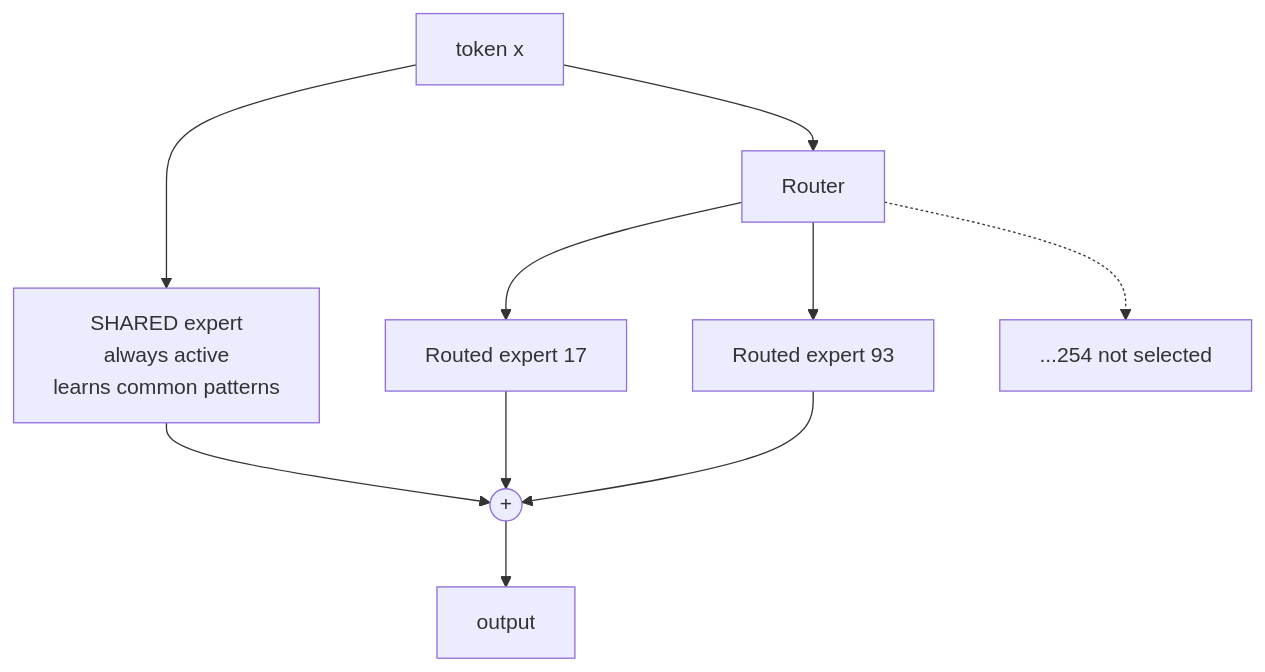
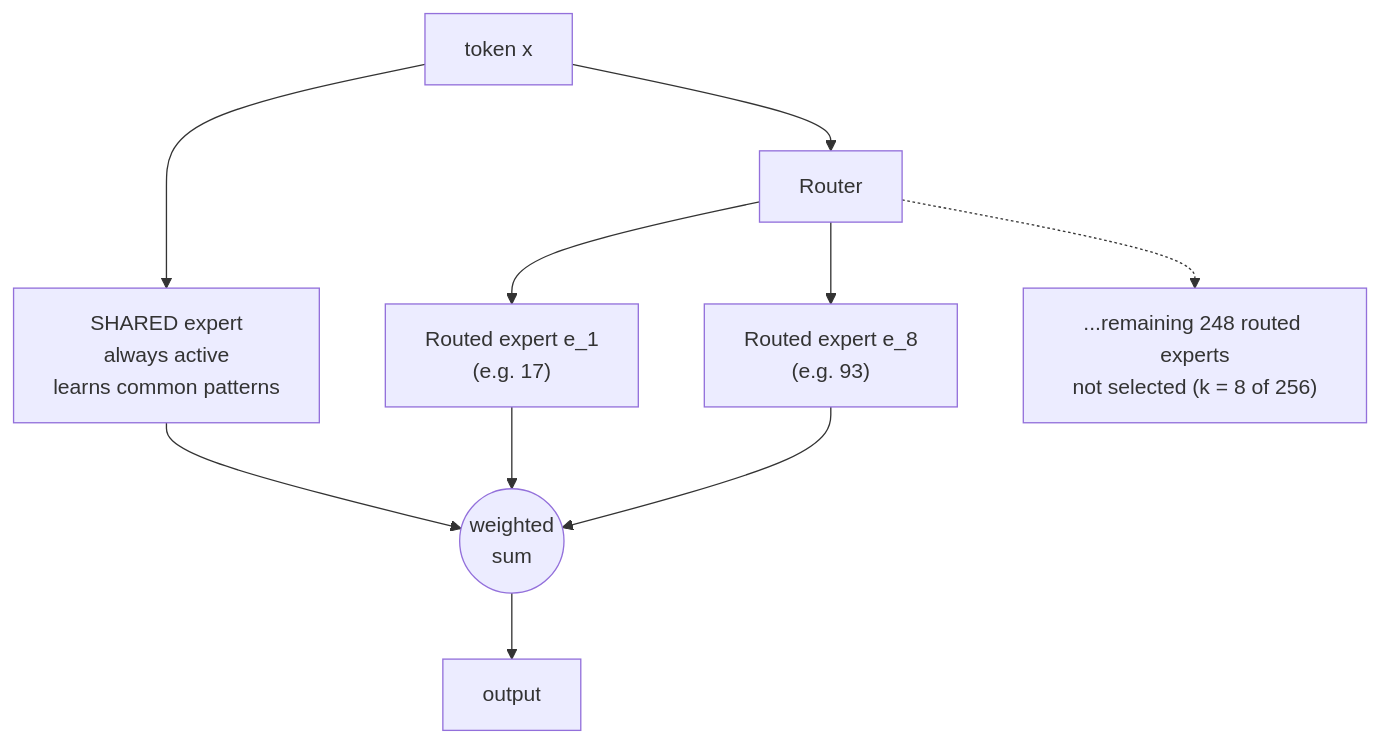
The fourth of 5 diagrams in content/courses/transformers/12-mixture-of-experts.md (alliedbrother/ml-interview-notes), drawn with Mermaid before and after one commit. The commit also changed other lines of this file and 7 other files, not shown here.

````diff
--- a/content/courses/transformers/12-mixture-of-experts.md
+++ b/content/courses/transformers/12-mixture-of-experts.md
@@ -249,12 +249,12 @@
 ```mermaid
 flowchart TD
     X["token x"] --> SH["SHARED expert<br/>always active<br/>learns common patterns"]
     X --> RT["Router"]
-    RT --> R1["Routed expert 17"]
-    RT --> R2["Routed expert 93"]
-    RT -.-> RN["...254 not selected"]
-    SH --> SUM(("+"))
+    RT --> R1["Routed expert e_1<br/>(e.g. 17)"]
+    RT --> R2["Routed expert e_8<br/>(e.g. 93)"]
+    RT -.-> RN["...remaining 248 routed experts<br/>not selected (k = 8 of 256)"]
+    SH --> SUM(("weighted<br/>sum"))
     R1 --> SUM
     R2 --> SUM
     SUM --> OUT["output"]
 ```
````
